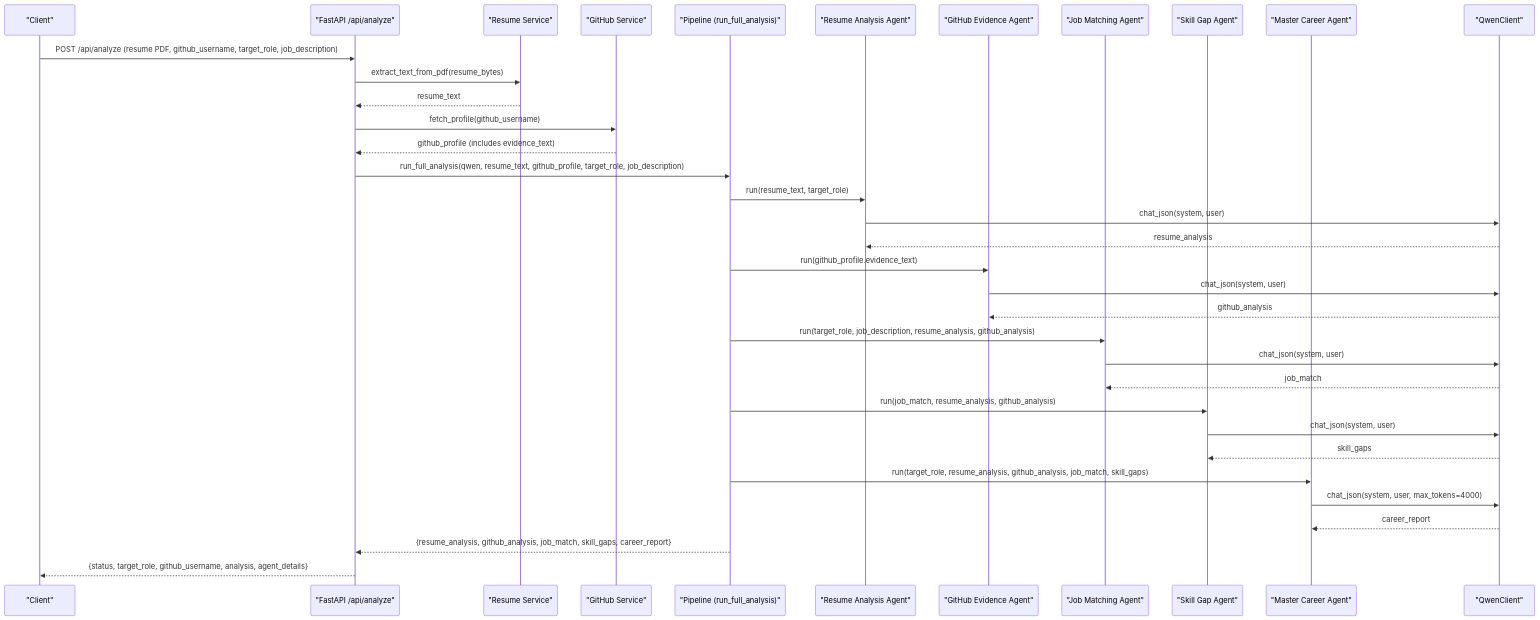
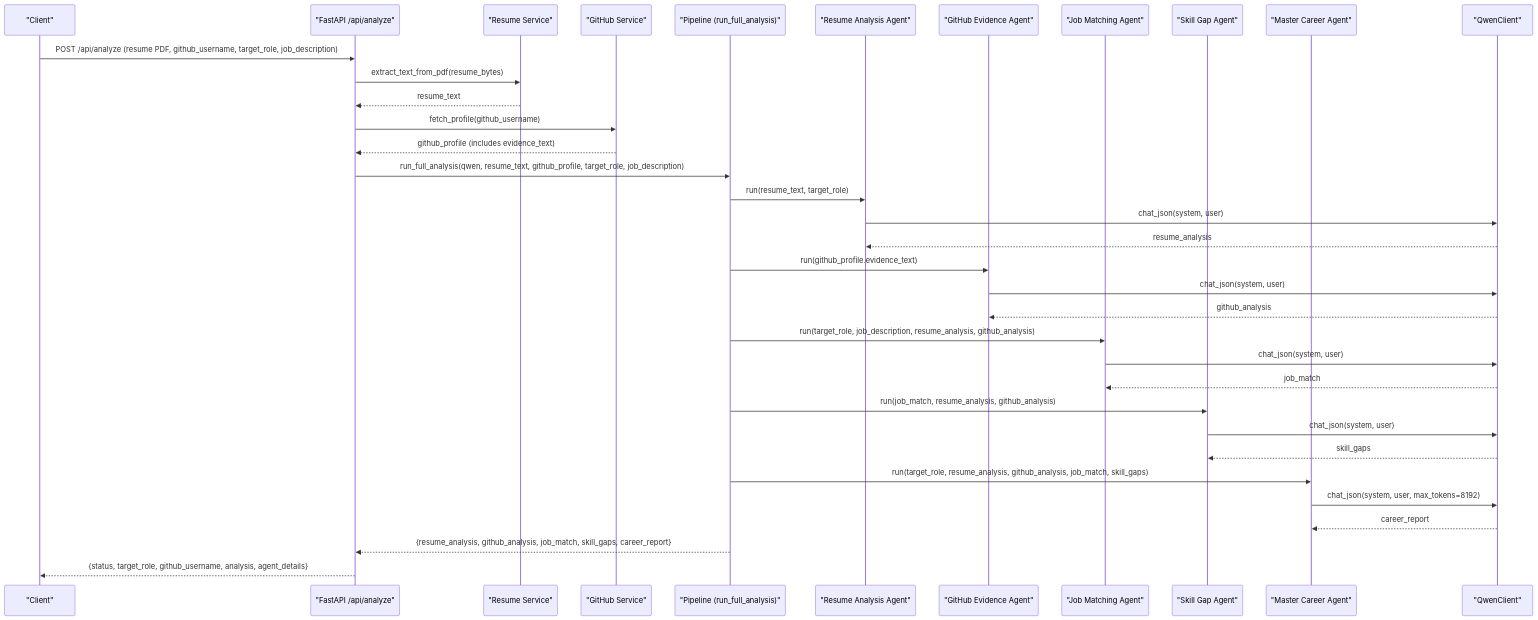
Before and after one commit to waqarimran342/CareerOS-AI: the second of 4 diagrams in .qoder/repowiki/en/content/Multi-Agent System/Master Career Agent.md, drawn with Mermaid. The commit also changed other lines of this file and 32 other files, not shown here.

````diff
--- a/.qoder/repowiki/en/content/Multi-Agent System/Master Career Agent.md
+++ b/.qoder/repowiki/en/content/Multi-Agent System/Master Career Agent.md
@@ -78,37 +87,37 @@
 ```mermaid
 sequenceDiagram
 participant C as "Client"
 participant A as "FastAPI /api/analyze"
 participant RS as "Resume Service"
 participant GS as "GitHub Service"
 participant P as "Pipeline (run_full_analysis)"
 participant RA as "Resume Analysis Agent"
 participant GA as "GitHub Evidence Agent"
 participant JA as "Job Matching Agent"
 participant SA as "Skill Gap Agent"
 participant MA as "Master Career Agent"
 participant L as "QwenClient"
 C->>A : POST /api/analyze (resume PDF, github_username, target_role, job_description)
 A->>RS : extract_text_from_pdf(resume_bytes)
 RS-->>A : resume_text
 A->>GS : fetch_profile(github_username)
 GS-->>A : github_profile (includes evidence_text)
 A->>P : run_full_analysis(qwen, resume_text, github_profile, target_role, job_description)
 P->>RA : run(resume_text, target_role)
 RA->>L : chat_json(system, user)
 L-->>RA : resume_analysis
 P->>GA : run(github_profile.evidence_text)
 GA->>L : chat_json(system, user)
 L-->>GA : github_analysis
 P->>JA : run(target_role, job_description, resume_analysis, github_analysis)
 JA->>L : chat_json(system, user)
 L-->>JA : job_match
 P->>SA : run(job_match, resume_analysis, github_analysis)
 SA->>L : chat_json(system, user)
 L-->>SA : skill_gaps
 P->>MA : run(target_role, resume_analysis, github_analysis, job_match, skill_gaps)
-MA->>L : chat_json(system, user, max_tokens=4000)
+MA->>L : chat_json(system, user, max_tokens=8192)
 L-->>MA : career_report
 P-->>A : {resume_analysis, github_analysis, job_match, skill_gaps, career_report}
 A-->>C : {status, target_role, github_username, analysis, agent_details}
 ```
````
